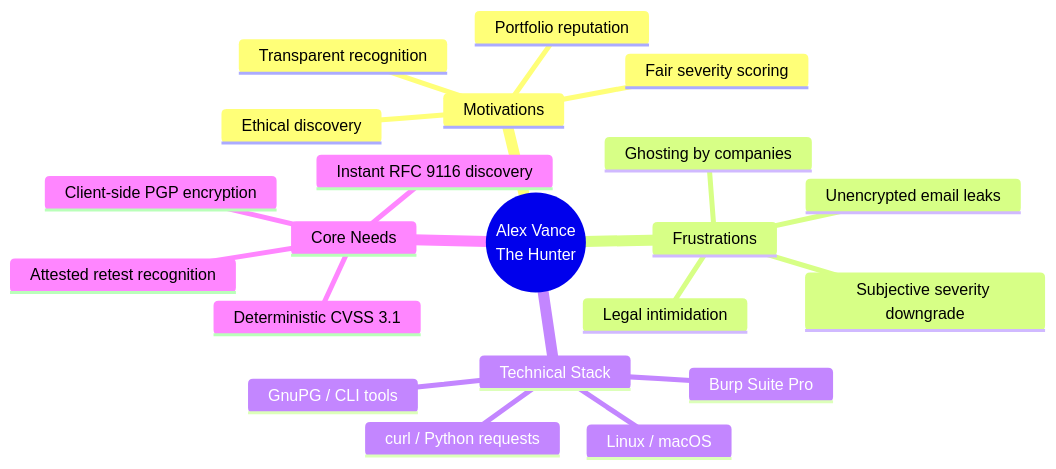
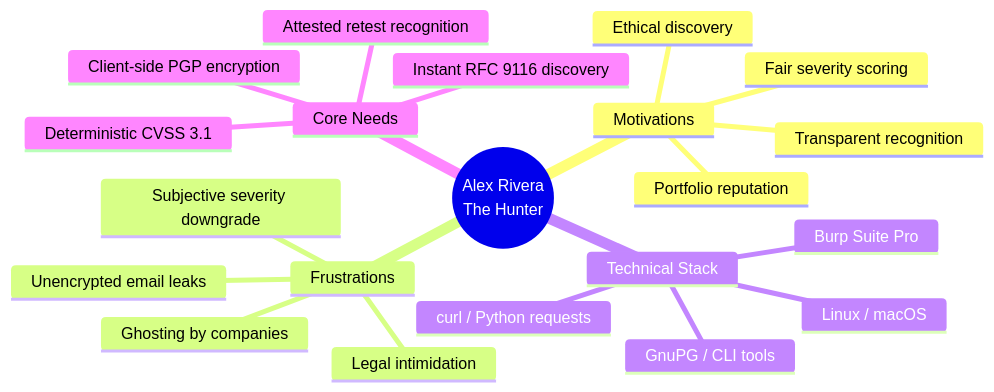
Before and after one commit to Taha-Asad/BugBountyTracker: the second of 4 diagrams in requirements/WEEK_1_DISCOVERY_REPORT.md, drawn with Mermaid. The commit also changed other lines of this file and 12 other files, not shown here.

````diff
--- a/requirements/WEEK_1_DISCOVERY_REPORT.md
+++ b/requirements/WEEK_1_DISCOVERY_REPORT.md
@@ -131,24 +131,24 @@
 ```mermaid
 mindmap
-  root((Alex Vance<br/>The Hunter))
+  root((Alex Rivera<br/>The Hunter))
     Motivations
       Ethical discovery
       Portfolio reputation
       Transparent recognition
       Fair severity scoring
     Frustrations
       Ghosting by companies
       Unencrypted email leaks
       Legal intimidation
       Subjective severity downgrade
     Technical Stack
       Burp Suite Pro
       curl / Python requests
       GnuPG / CLI tools
       Linux / macOS
     Core Needs
       Instant RFC 9116 discovery
       Client-side PGP encryption
       Deterministic CVSS 3.1
       Attested retest recognition
 ```
````
